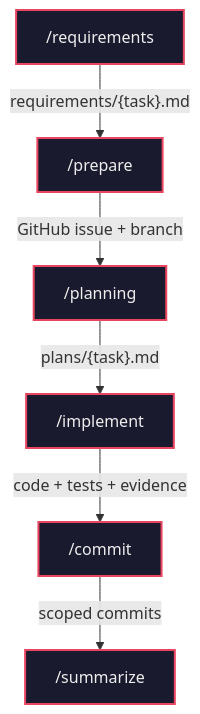
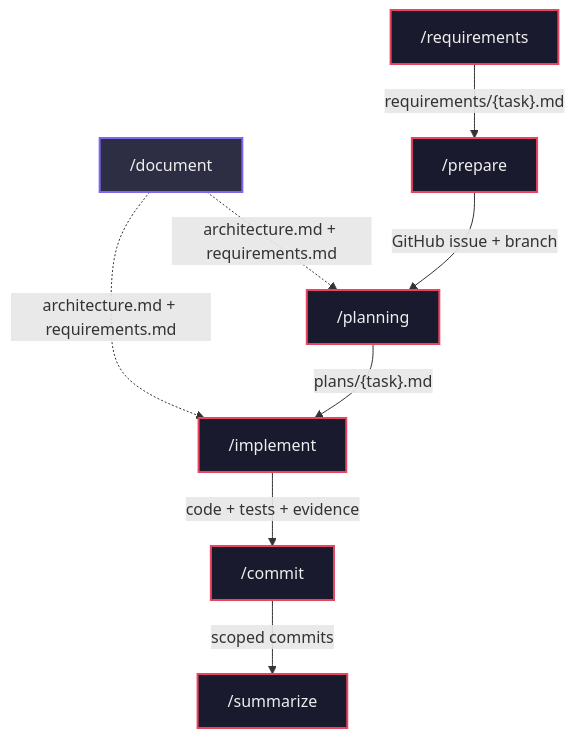
The first of 2 diagrams in README.md (This-Is-NPC/assisted_workflow), drawn with Mermaid before and after one commit. The commit also changed other lines of this file and 1 other file, not shown here.

Commit message:
docs: add /document skill to workflow documentation and update skill count

````diff
--- a/README.md
+++ b/README.md
@@ -78,17 +80,21 @@
 ```mermaid
 flowchart TD
+    DOC["/document"] -.->|"architecture.md + requirements.md"| C
+    DOC -.->|"architecture.md + requirements.md"| D
     A["/requirements"] -->|"requirements/{task}.md"| B["/prepare"]
     B -->|"GitHub issue + branch"| C["/planning"]
     C -->|"plans/{task}.md"| D["/implement"]
     D -->|"code + tests + evidence"| E["/commit"]
     E -->|"scoped commits"| F["/summarize"]
 
+    DOC:::standalone
     A:::phase
     B:::phase
     C:::phase
     D:::phase
     E:::phase
     F:::phase
 
     classDef phase fill:#1a1a2e,stroke:#e94560,stroke-width:2px,color:#eee
+    classDef standalone fill:#2d2d44,stroke:#7b68ee,stroke-width:2px,color:#eee
 ```
````
